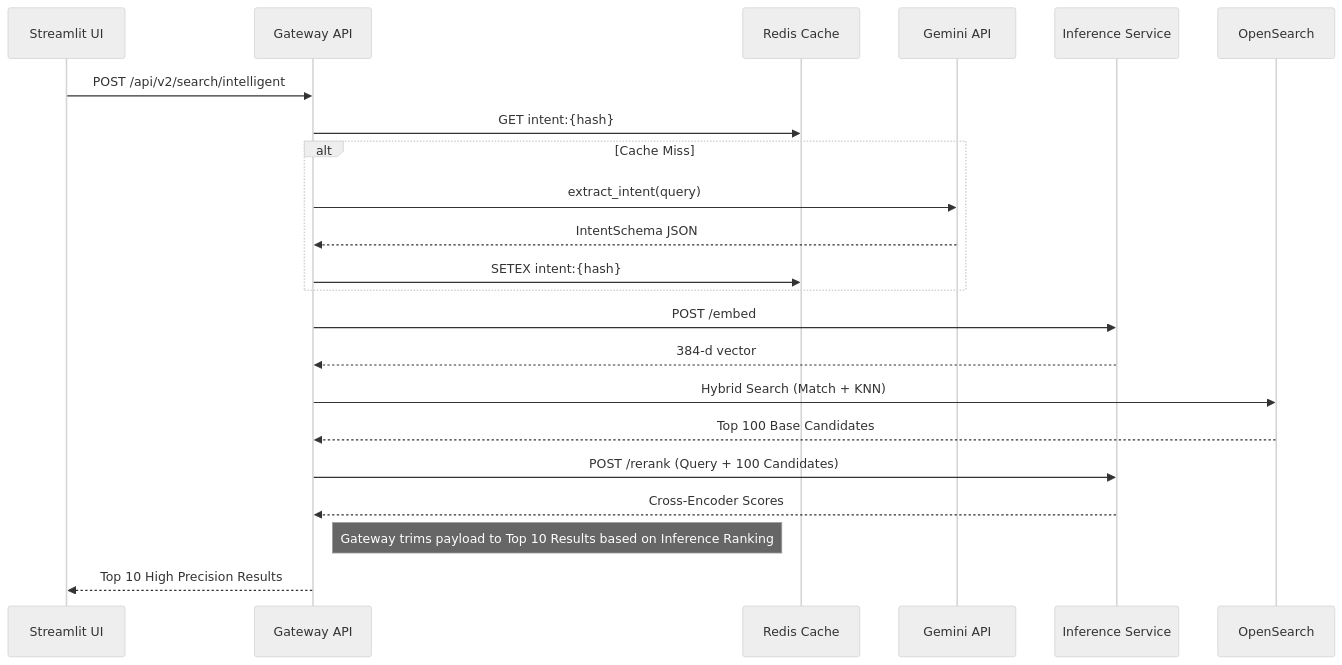
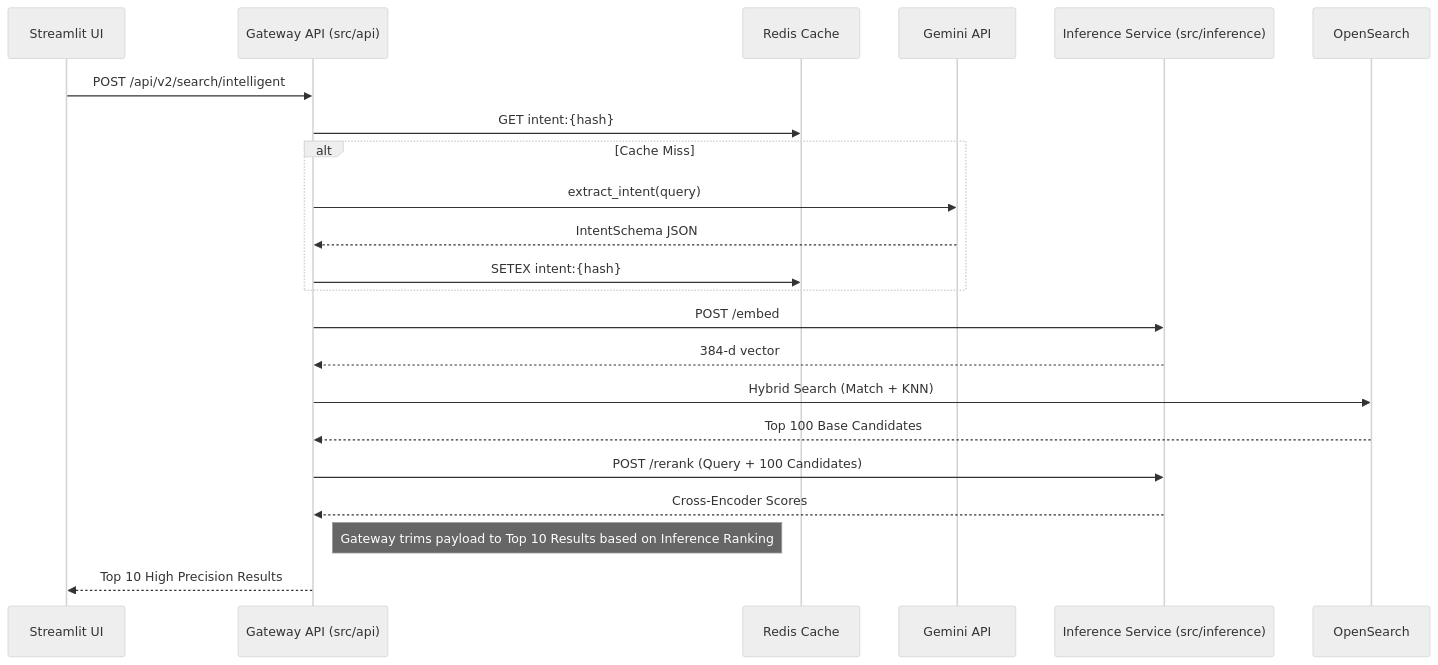
The second of 3 diagrams in docs/architecture.md (suryaavala/scaling-succotash), drawn with Mermaid (neutral theme) before and after one commit. The commit also changed other lines of this file and 3 other files, not shown here.

First line of the commit message:
Fix: Apply remaining V4 mapping constraints (Pythonpath, Docs, Diagram) (#18)

````diff
--- a/docs/architecture.md
+++ b/docs/architecture.md
@@ -51,31 +64,31 @@
 ```mermaid
 sequenceDiagram
     participant UI as Streamlit UI
-    participant Gateway as Gateway API
+    participant Gateway as Gateway API (src/api)
     participant Cache as Redis Cache
     participant LLM as Gemini API
-    participant Inf as Inference Service
+    participant Inf as Inference Service (src/inference)
     participant OS as OpenSearch
 
     UI->>Gateway: POST /api/v2/search/intelligent
     Gateway->>Cache: GET intent:{hash}
     
     alt Cache Miss
         Gateway->>LLM: extract_intent(query)
         LLM-->>Gateway: IntentSchema JSON
         Gateway->>Cache: SETEX intent:{hash}
     end
     
     %% Two Stage
     Gateway->>Inf: POST /embed
     Inf-->>Gateway: 384-d vector
     Gateway->>OS: Hybrid Search (Match + KNN)
     OS-->>Gateway: Top 100 Base Candidates
     
     Gateway->>Inf: POST /rerank (Query + 100 Candidates)
     Inf-->>Gateway: Cross-Encoder Scores
     
     note right of Gateway: Gateway trims payload to Top 10 Results based on Inference Ranking
     
     Gateway-->>UI: Top 10 High Precision Results
 ```
````
